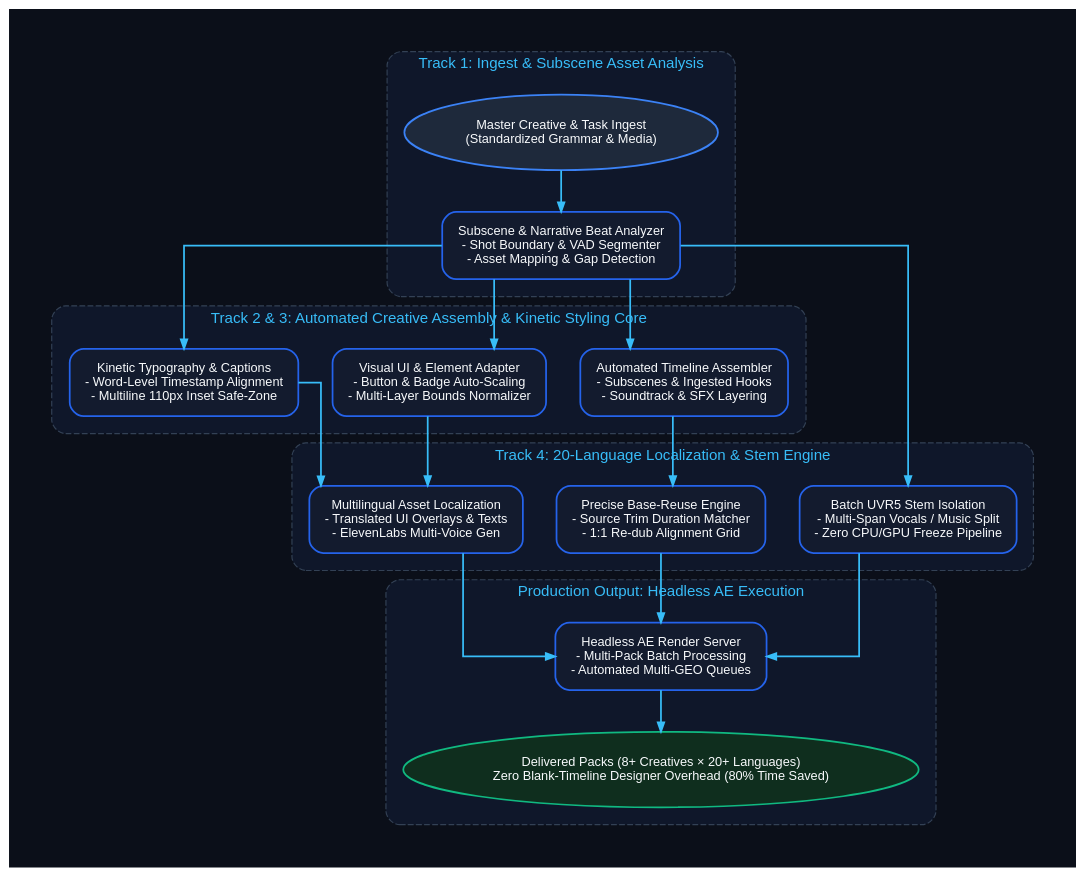
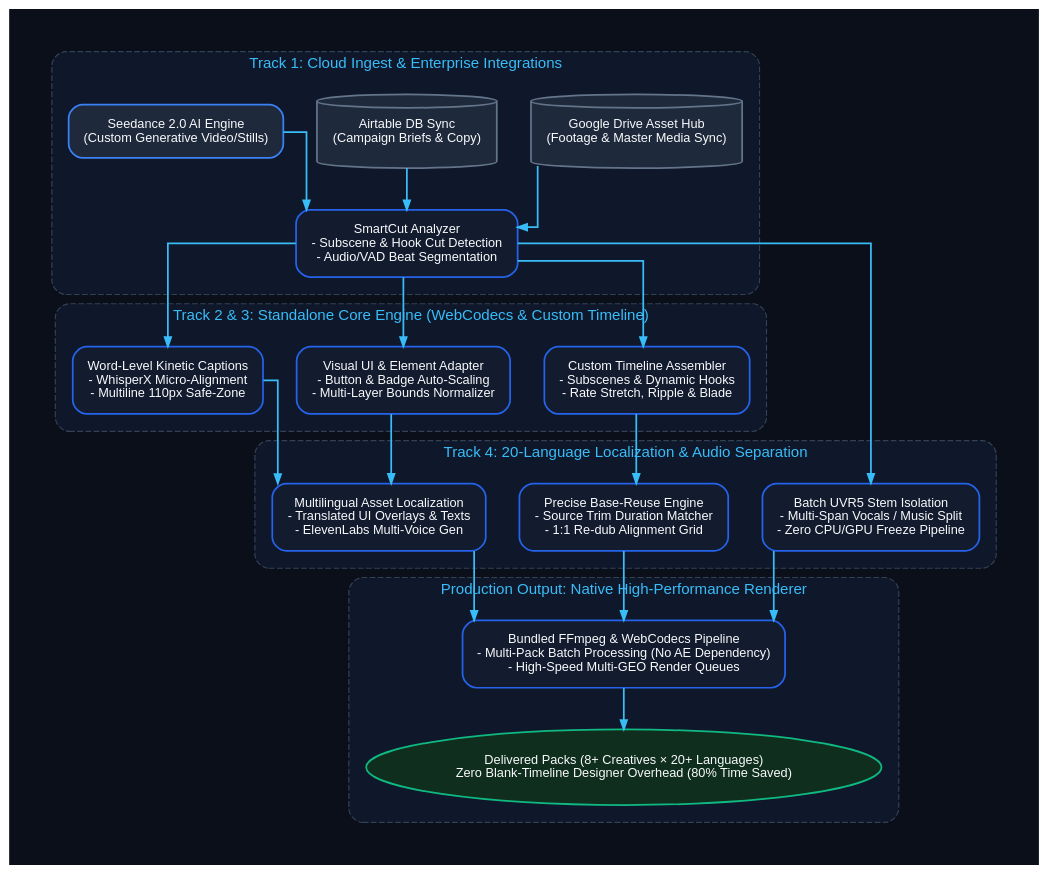
Before and after one commit to suslovns1/portfolio-assets: the diagram in case2_unified_ecosystem.dot, drawn with Graphviz. The commit also changed 1 other file, not shown here.

Commit message:
Update Case 2 with standalone engine, Google Drive, Airtable, Seedance 2

```diff
--- a/case2_unified_ecosystem.dot
+++ b/case2_unified_ecosystem.dot
@@ -1,85 +1,89 @@
 
 digraph G {
     graph [bgcolor="#0B0F19", fontname="Helvetica, Arial, sans-serif", fontsize=12, pad="0.4", rankdir="TB", nodesep=0.4, ranksep=0.5, splines="ortho"];
     node [fontname="Helvetica, Arial, sans-serif", shape=box, style="filled,rounded", fontsize=11, fontcolor="#F8FAFC", fillcolor="#131B2E", color="#2563EB", penwidth=1.5, margin="0.2,0.15"];
     edge [fontname="Helvetica, Arial, sans-serif", fontsize=9, fontcolor="#94A3B8", color="#38BDF8", penwidth=1.5, arrowhead="normal", arrowsize=0.8];
 
-    // Master Ingest
+    // Ingest & Integrations
     subgraph cluster_0 {
-        label = "Track 1: Ingest & Subscene Asset Analysis";
+        label = "Track 1: Cloud Ingest & Enterprise Integrations";
         fontcolor = "#38BDF8";
         fontsize = 13;
         color = "#334155";
         style = "rounded,dashed";
         bgcolor = "#0F172A";
         margin = 15;
 
-        brief_in [label="Master Creative & Task Ingest\n(Standardized Grammar & Media)", shape=oval, fillcolor="#1E293B", color="#3B82F6"];
-        shot_cut [label="Subscene & Narrative Beat Analyzer\n- Shot Boundary & VAD Segmenter\n- Asset Mapping & Gap Detection"];
-        
-        brief_in -> shot_cut;
+        gdrive [label="Google Drive Asset Hub\n(Footage & Master Media Sync)", shape=cylinder, fillcolor="#1E293B", color="#64748B"];
+        airtable [label="Airtable DB Sync\n(Campaign Briefs & Copy)", shape=cylinder, fillcolor="#1E293B", color="#64748B"];
+        seedance [label="Seedance 2.0 AI Engine\n(Custom Generative Video/Stills)", shape=box, fillcolor="#1E293B", color="#3B82F6"];
+        smartcut [label="SmartCut Analyzer\n- Subscene & Hook Cut Detection\n- Audio/VAD Beat Segmentation"];
+
+        gdrive -> smartcut;
+        airtable -> smartcut;
+        seedance -> smartcut;
     }
 
-    // Multi-Track Engine
+    // Multi-Track Processing Core
     subgraph cluster_1 {
-        label = "Track 2 & 3: Automated Creative Assembly & Kinetic Styling Core";
+        label = "Track 2 & 3: Standalone Core Engine (WebCodecs & Custom Timeline)";
         fontcolor = "#38BDF8";
         fontsize = 13;
         color = "#334155";
         style = "rounded,dashed";
         bgcolor = "#0F172A";
         margin = 15;
 
         // Assembly Track
-        t_assemble [label="Automated Timeline Assembler\n- Subscenes & Ingested Hooks\n- Soundtrack & SFX Layering"];
+        t_assemble [label="Custom Timeline Assembler\n- Subscenes & Dynamic Hooks\n- Rate Stretch, Ripple & Blade"];
         
         // Visual Styling Track
         t_visual [label="Visual UI & Element Adapter\n- Button & Badge Auto-Scaling\n- Multi-Layer Bounds Normalizer"];
 
         // Typography Track
-        t_text [label="Kinetic Typography & Captions\n- Word-Level Timestamp Alignment\n- Multiline 110px Inset Safe-Zone"];
+        t_text [label="Word-Level Kinetic Captions\n- WhisperX Micro-Alignment\n- Multiline 110px Safe-Zone"];
 
-        shot_cut -> t_assemble;
-        shot_cut -> t_visual;
-        shot_cut -> t_text;
+        smartcut -> t_assemble;
+        smartcut -> t_visual;
+        smartcut -> t_text;
     }
 
     // Localization Track
     subgraph cluster_2 {
-        label = "Track 4: 20-Language Localization & Stem Engine";
+        label = "Track 4: 20-Language Localization & Audio Separation";
         fontcolor = "#38BDF8";
         fontsize = 13;
         color = "#334155";
         style = "rounded,dashed";
         bgcolor = "#0F172A";
         margin = 15;
 
         t_reuse [label="Precise Base-Reuse Engine\n- Source Trim Duration Matcher\n- 1:1 Re-dub Alignment Grid"];
         t_uvr [label="Batch UVR5 Stem Isolation\n- Multi-Span Vocals / Music Split\n- Zero CPU/GPU Freeze Pipeline"];
         t_trans [label="Multilingual Asset Localization\n- Translated UI Overlays & Texts\n- ElevenLabs Multi-Voice Gen"];
 
         t_assemble -> t_reuse;
         t_visual -> t_trans;
         t_text -> t_trans;
-        shot_cut -> t_uvr;
+        smartcut -> t_uvr;
     }
 
-    // Headless Output
+    // Standalone Render Output
     subgraph cluster_3 {
-        label = "Production Output: Headless AE Execution";
+        label = "Production Output: Native High-Performance Renderer";
         fontcolor = "#38BDF8";
         fontsize = 13;
         color = "#334155";
         style = "rounded,dashed";
         bgcolor = "#0F172A";
         margin = 15;
 
-        ae_batch [label="Headless AE Render Server\n- Multi-Pack Batch Processing\n- Automated Multi-GEO Queues"];
+        native_render [label="Bundled FFmpeg & WebCodecs Pipeline\n- Multi-Pack Batch Processing (No AE Dependency)\n- High-Speed Multi-GEO Render Queues"];
         ready_ads [label="Delivered Packs (8+ Creatives × 20+ Languages)\nZero Blank-Timeline Designer Overhead (80% Time Saved)", shape=oval, fillcolor="#0F2E1E", color="#10B981"];
 
-        t_reuse -> ae_batch;
-        t_uvr -> ae_batch;
-        t_trans -> ae_batch;
-        ae_batch -> ready_ads;
+        t_reuse -> native_render;
+        t_uvr -> native_render;
+        t_trans -> native_render;
+        native_render -> ready_ads;
     }
 }
```
